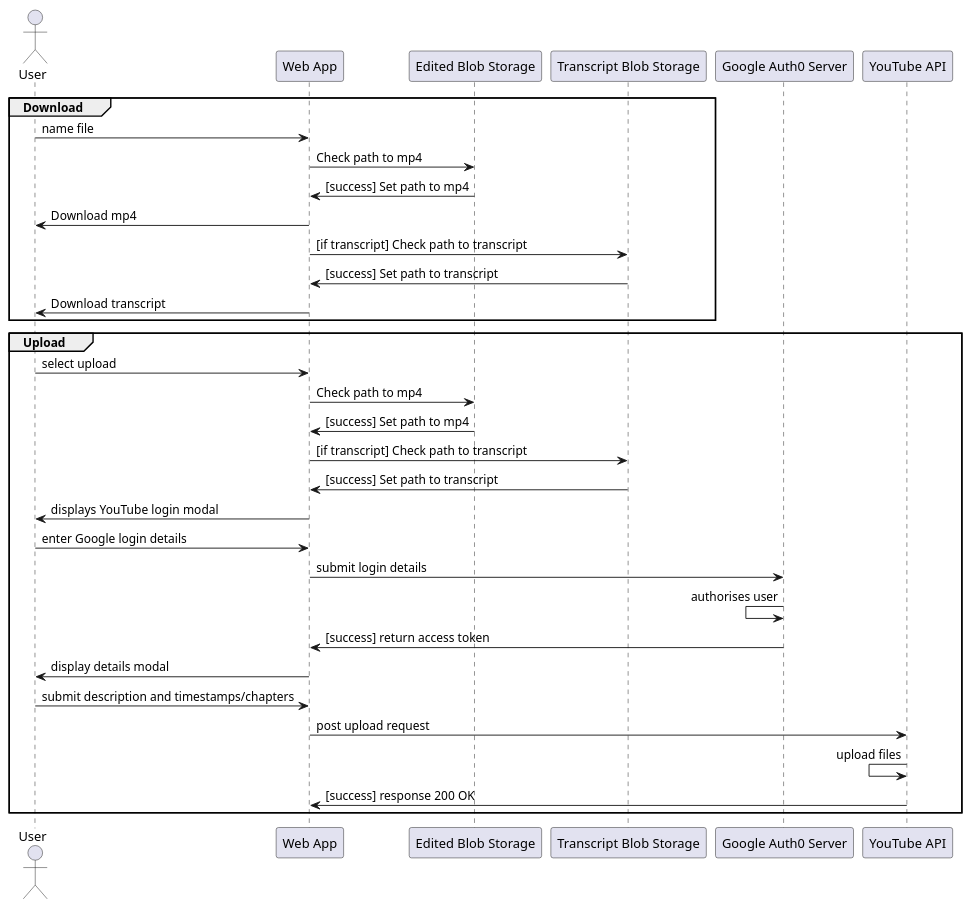
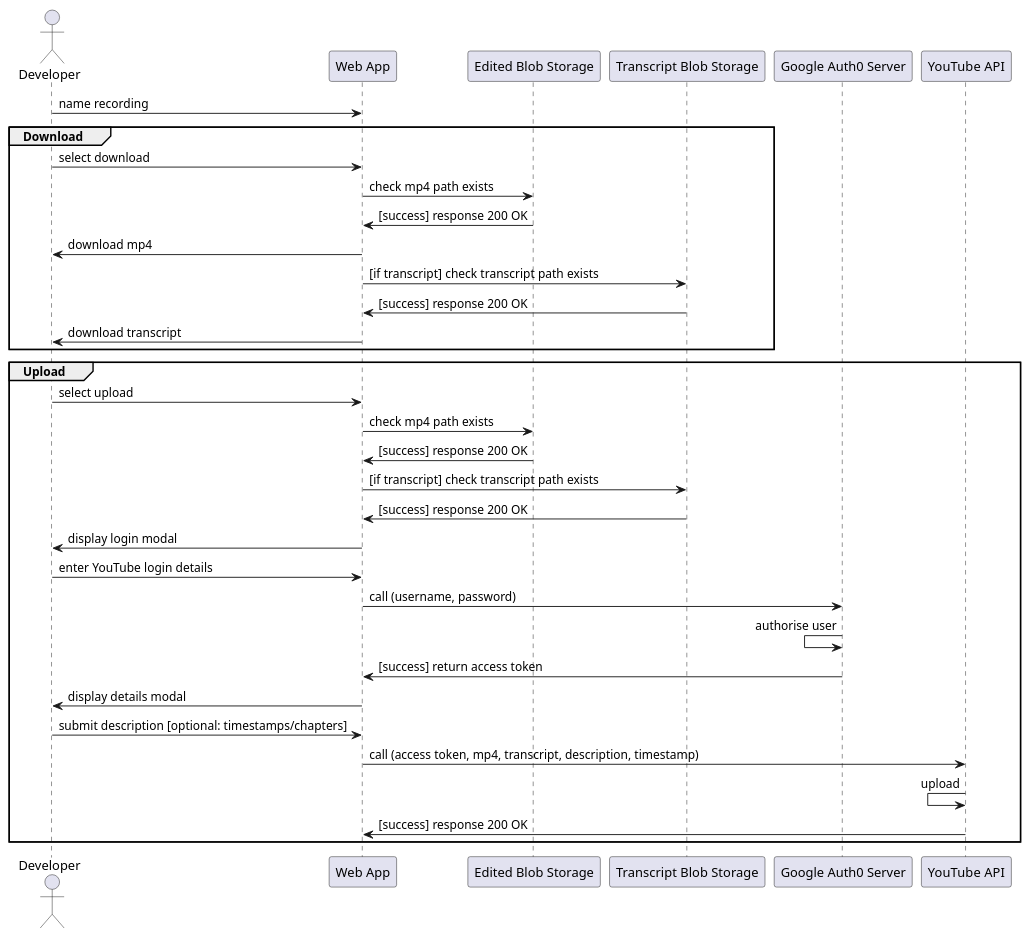
The diagram in examples/download.puml (jennifer-platt/ECM2429-UML), drawn with PlantUML before and after one commit. The commit also changed 1 other file, not shown here.

Commit message:
Download upload

```diff
--- a/examples/download.puml
+++ b/examples/download.puml
@@ -1,33 +1,35 @@
-@startuml system-flow_enter-test-result-code
+@startuml download
 
-Actor User
+Actor Developer
+
+Developer -> "Web App": name recording
 
 group Download
-User -> "Web App": name file
-"Web App" -> "Edited Blob Storage": Check path to mp4
-"Web App" <- "Edited Blob Storage": [success] Set path to mp4
-User <- "Web App": Download mp4
-"Web App" -> "Transcript Blob Storage": [if transcript] Check path to transcript
-"Web App" <- "Transcript Blob Storage": [success] Set path to transcript
-User <- "Web App": Download transcript
+Developer -> "Web App": select download
+"Web App" -> "Edited Blob Storage": check mp4 path exists
+"Web App" <- "Edited Blob Storage": [success] response 200 OK
+Developer <- "Web App": download mp4
+"Web App" -> "Transcript Blob Storage": [if transcript] check transcript path exists
+"Web App" <- "Transcript Blob Storage": [success] response 200 OK
+Developer <- "Web App": download transcript
 end
 
 group Upload
-User -> "Web App": select upload
-"Web App" -> "Edited Blob Storage": Check path to mp4
-"Web App" <- "Edited Blob Storage": [success] Set path to mp4
-"Web App" -> "Transcript Blob Storage": [if transcript] Check path to transcript
-"Web App" <- "Transcript Blob Storage": [success] Set path to transcript
-User <- "Web App": displays YouTube login modal
-User -> "Web App": enter Google login details
-"Web App" -> "Google Auth0 Server": submit login details
-"Google Auth0 Server" <- "Google Auth0 Server": authorises user
+Developer -> "Web App": select upload
+"Web App" -> "Edited Blob Storage": check mp4 path exists
+"Web App" <- "Edited Blob Storage": [success] response 200 OK
+"Web App" -> "Transcript Blob Storage": [if transcript] check transcript path exists
+"Web App" <- "Transcript Blob Storage": [success] response 200 OK
+Developer <- "Web App": display login modal
+Developer -> "Web App": enter YouTube login details
+"Web App" -> "Google Auth0 Server": call (username, password)
+"Google Auth0 Server" <- "Google Auth0 Server": authorise user
 "Web App" <- "Google Auth0 Server": [success] return access token
-User <- "Web App": display details modal
-User -> "Web App": submit description and timestamps/chapters
-"Web App" -> "YouTube API": post upload request
-"YouTube API" <- "YouTube API": upload files
+Developer <- "Web App": display details modal
+Developer -> "Web App": submit description [optional: timestamps/chapters]
+"Web App" -> "YouTube API": call (access token, mp4, transcript, description, timestamp)
+"YouTube API" <- "YouTube API": upload
 "Web App" <- "YouTube API": [success] response 200 OK
 end
 
 @enduml
```
